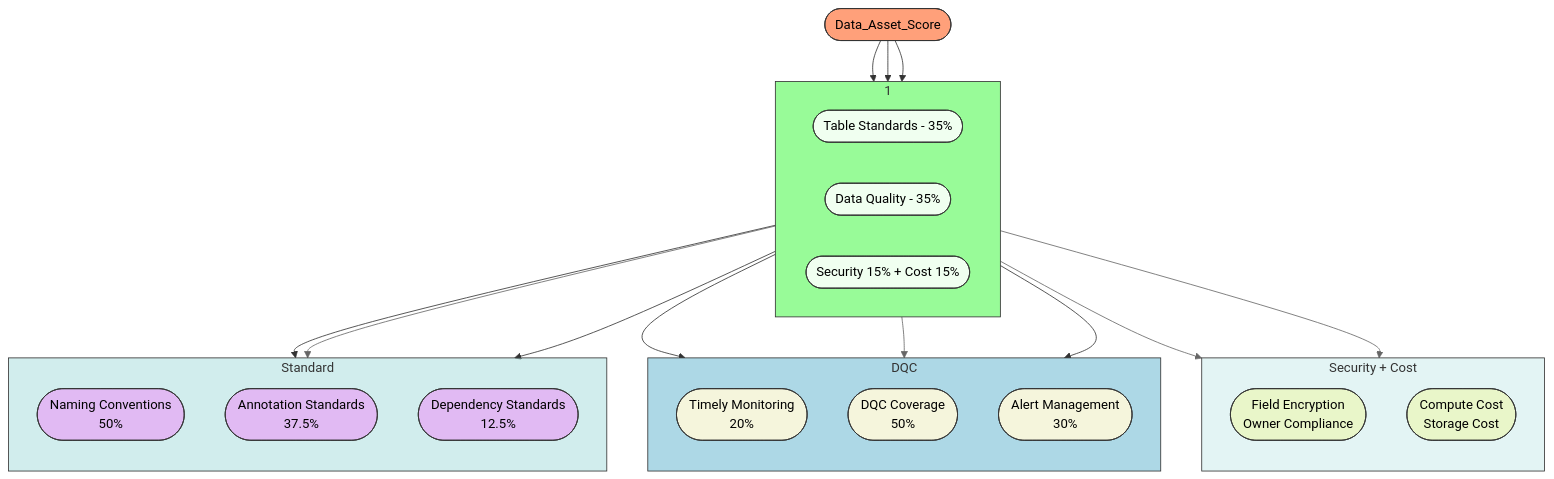
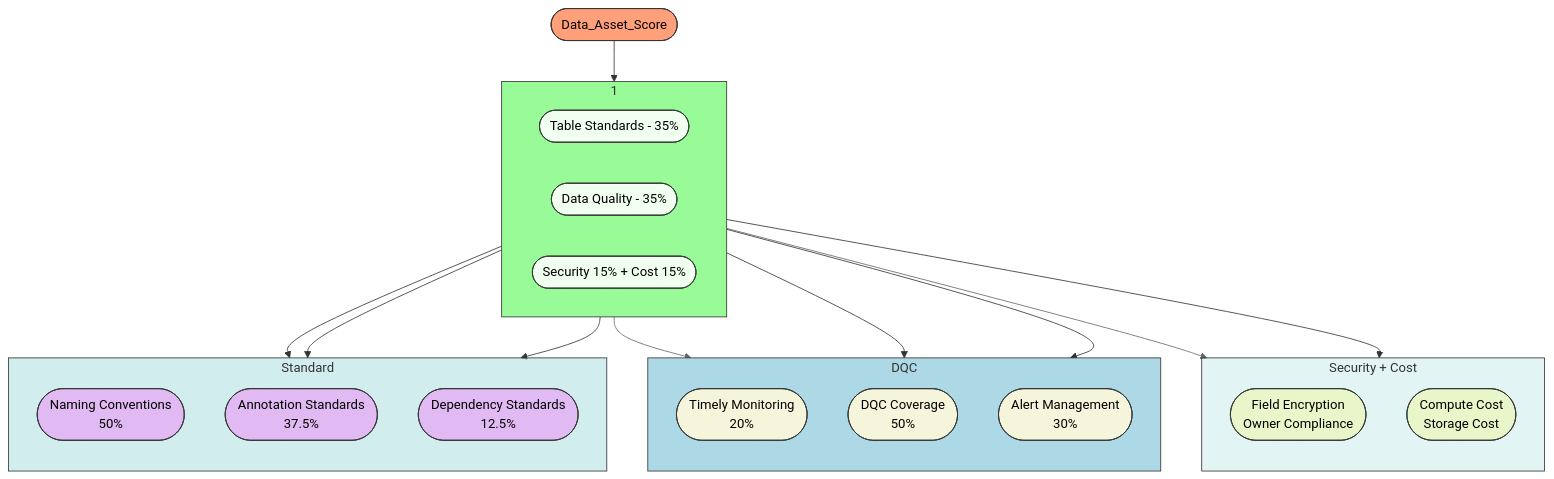
The first of 5 diagrams in README.md (blaire101/data-warehouse-solutions), drawn with Mermaid (neutral theme) before and after one commit.

````diff
--- a/README.md
+++ b/README.md
@@ -19,62 +19,62 @@
 ```mermaid
 flowchart TD
  subgraph SG_DataAssetScore["1"]
     direction LR
         DAS_A(["Table Standards - 35%"])
         DAS_B(["Data Quality - 35%"])
         DAS_C(["Security 15% + Cost 15%"])
   end
 
 
  subgraph DAS_SECO["Security + Cost"]
     direction TB
         SECO_A(["Field Encryption <br>Owner Compliance"])
         SECO_B(["Compute Cost <br>Storage Cost"])
  end
 
  subgraph DAS_DataQuality["DQC"]
     direction TB
         DQ_A(["Timely Monitoring <br> 20%"])
         DQ_B(["DQC Coverage <br> 50%"])
         DQ_C(["Alert Management <br> 30%"])
  end
 
 
  subgraph DAS_Standard["Standard"]
     direction TB
         ST_A(["Naming Conventions <br> 50%"])
         ST_B(["Annotation Standards <br> 37.5%"])
         ST_C(["Dependency Standards <br> 12.5%"])
  end
 
 
-    DAS(["Data_Asset_Score"]) --> DAS_A & DAS_B & DAS_C
+    DAS(["Data_Asset_Score"]) --> SG_DataAssetScore
     DAS_A --> ST_A & ST_B & ST_C
     DAS_B --> DQ_A & DQ_B & DQ_C
     DAS_C --> SECO_A & SECO_B
 
     style ST_A fill:#F0FFF0,stroke:#333,stroke-width:2px %% Keep very pale green
     style DAS_A fill:#F0FFF0,stroke:#333,stroke-width:2px %% Keep very pale green
     style DAS_B fill:#F0FFF0,stroke:#333,stroke-width:2px %% Keep very pale green
     style DAS_C fill:#F0FFF0,stroke:#333,stroke-width:2px %% Keep very pale green
     style DQ_A fill:#F5F5DC,stroke:#333,stroke-width:2px %% Keep beige
     style DQ_B fill:#F5F5DC,stroke:#333,stroke-width:2px %% Keep beige
     style DQ_C fill:#F5F5DC,stroke:#333,stroke-width:2px %% Keep beige
     style ST_A fill:#F5F5,stroke:#333,stroke-width:1px %% Keep beige
     style ST_B fill:#F5F5,stroke:#333,stroke-width:1px %% Keep beige
     style ST_C fill:#F5F5,stroke:#333,stroke-width:1px %% Keep beige
     style SECO_A fill:#FF23,stroke:#333,stroke-width:2px %% Keep beige
     style SECO_B fill:#FF23,stroke:#333,stroke-width:2px %% Keep beige
     style DAS fill:#FFA07A,stroke:#333,stroke-width:2px %% Adjusted to comfortable orange-yellow
     style SG_DataAssetScore fill:#98FB98,stroke:#333,stroke-width:2px %% Changed to light green
     style DAS_Standard fill:#ADD8,stroke:#333,stroke-width:2px %% Changed to light blue
     style DAS_DataQuality fill:#ADD8E6,stroke:#333,stroke-width:2px %% Changed to light blue
     style DAS_SECO fill:#ADD5,stroke:#333,stroke-width:1px %% Changed to light blue
     linkStyle 0 stroke:#333,stroke-width:1px,fill:none
     linkStyle 1 stroke:#333,stroke-width:1px,fill:none
     linkStyle 2 stroke:#333,stroke-width:1px,fill:none
     linkStyle 3 stroke:#333,stroke-width:1px,color:#000,fill:none
     linkStyle 5 stroke:#333,stroke-width:1px,fill:none
     linkStyle 6 stroke:#333,stroke-width:1px,fill:none
     linkStyle 8 stroke:#333,stroke-width:1px,fill:none 
 ```
````
